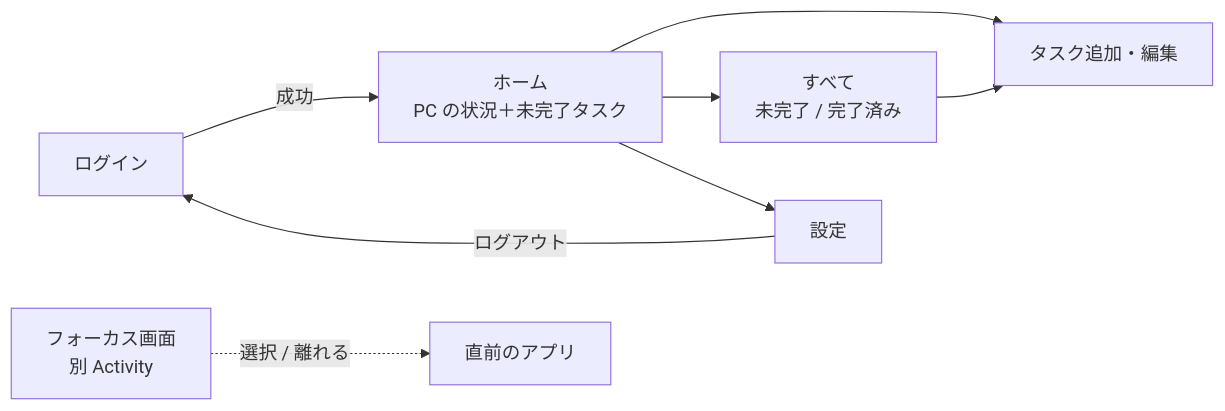
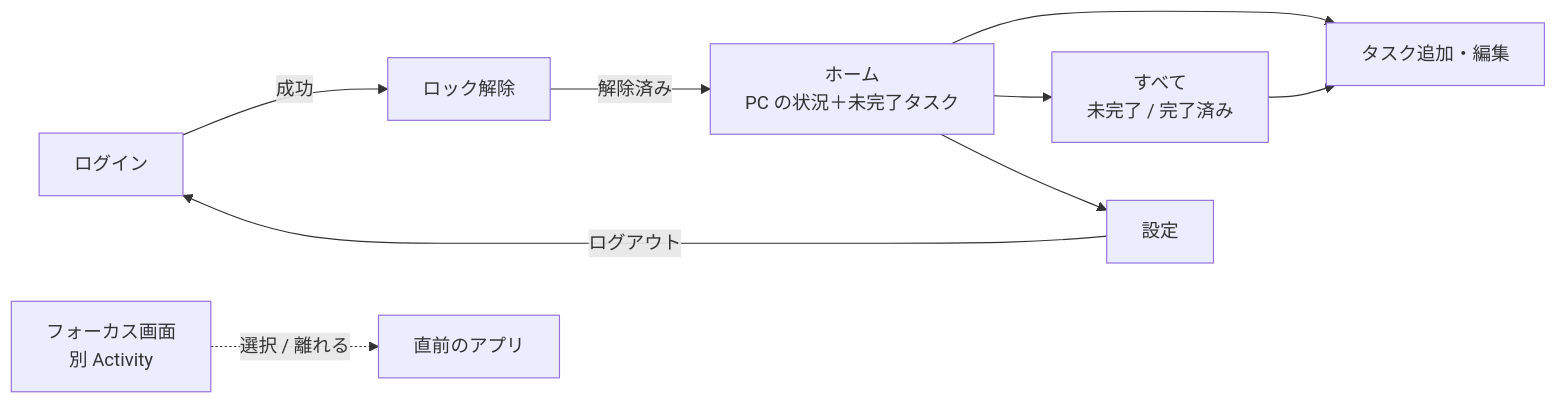
One commit to kazi983/shiodoki changed the second of 4 diagrams in docs/android/design.md. Above: the diagram before and after it, drawn with Mermaid. The commit also changed other lines of this file and 1 other file, not shown here.

````diff
--- a/docs/android/design.md
+++ b/docs/android/design.md
@@ -252,10 +253,11 @@
 ```mermaid
 flowchart LR
-    Login[ログイン] -->|成功| Home
+    Login[ログイン] -->|成功| Unlock[ロック解除]
+    Unlock -->|解除済み| Home
     Home[ホーム<br/>PC の状況＋未完了タスク] --> Edit[タスク追加・編集]
     Home --> All[すべて<br/>未完了 / 完了済み]
     All --> Edit
     Home --> Settings[設定]
     Settings -->|ログアウト| Login
     Focus[フォーカス画面<br/>別 Activity] -.->|選択 / 離れる| Prev[直前のアプリ]
 ```
````
